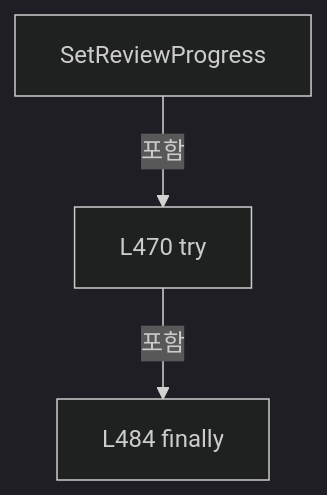
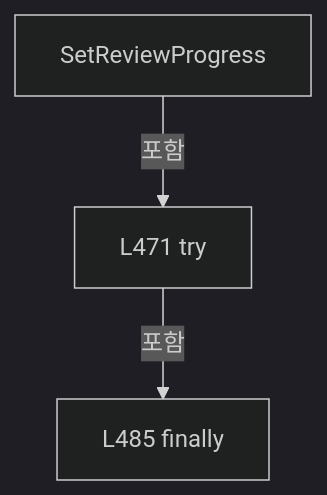
Before and after one commit to kjuws10-rgb/Shared: diagram 13 of 27 in A3 LD Code Ref/files/Drilling.Common/Product/CProductManager.cs.md, drawn with Mermaid (dark theme). The commit also changed other lines of this file and 8055 other files, not shown here.

Commit message:
docs(a3): trace Stage Glass Data and refresh architecture and full code reference

````diff
--- a/A3 LD Code Ref/files/Drilling.Common/Product/CProductManager.cs.md
+++ b/A3 LD Code Ref/files/Drilling.Common/Product/CProductManager.cs.md
@@ -1684,8 +1685,8 @@
 ```mermaid
 flowchart TD
  M["SetReviewProgress"]
- N0["L470 try"]
+ N0["L471 try"]
  M -->|포함| N0
- N1["L484 finally"]
+ N1["L485 finally"]
  N0 -->|포함| N1
 ```
````
